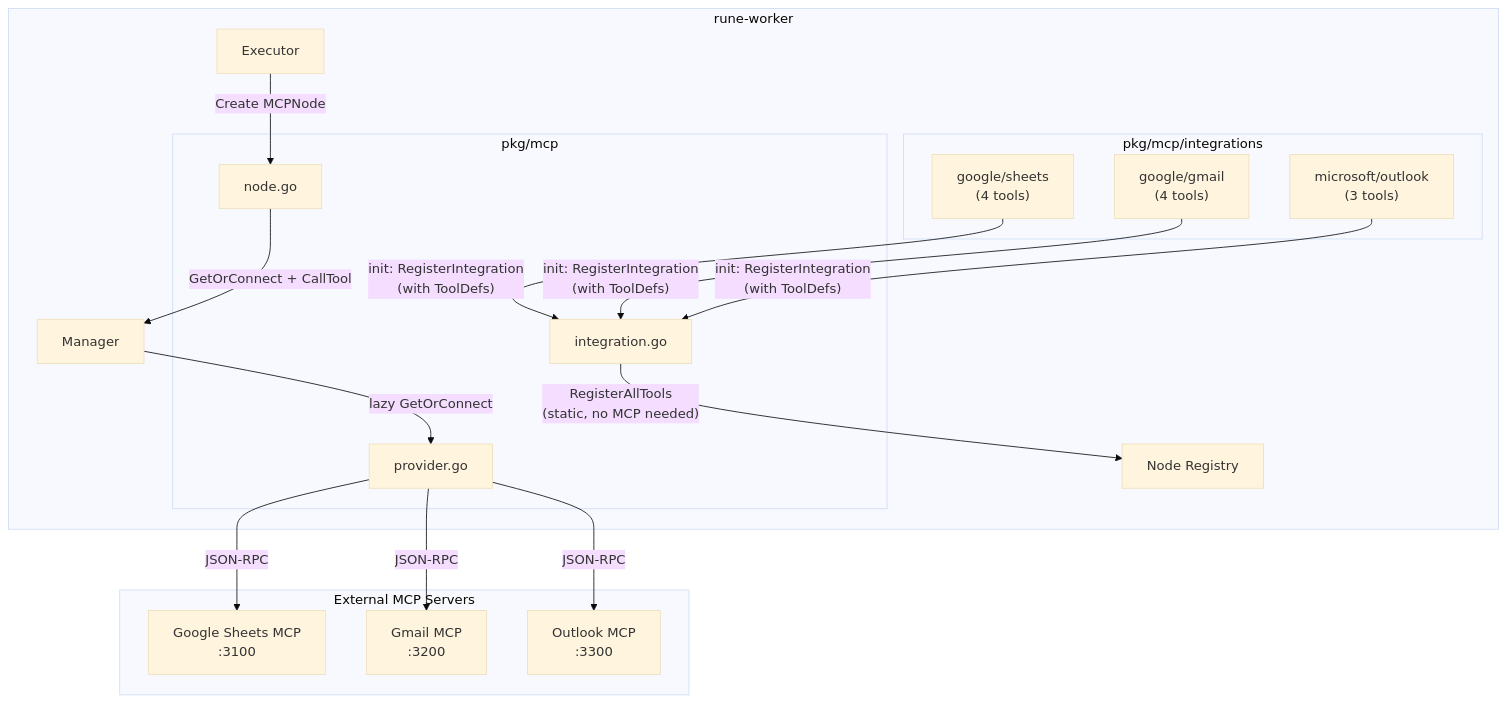
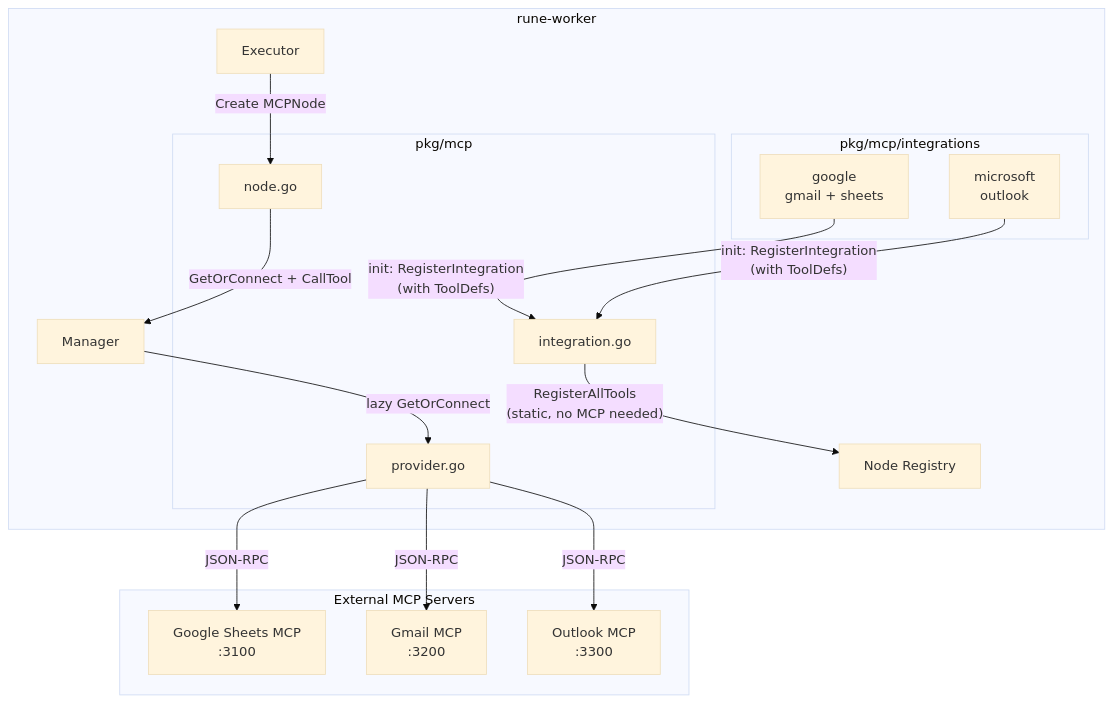
The first of 3 diagrams in services/rune-worker/pkg/mcp/README.md (rune-org/rune), drawn with Mermaid (base theme) before and after one commit. The commit also changed other lines of this file and 3 other files, not shown here.

````diff
--- a/services/rune-worker/pkg/mcp/README.md
+++ b/services/rune-worker/pkg/mcp/README.md
@@ -16,39 +16,37 @@
 ```mermaid
 graph TB
     subgraph Worker["rune-worker"]
         REG[Node Registry]
         EXE[Executor]
         MGR[Manager]
 
         subgraph Integrations["pkg/mcp/integrations"]
-            GS["google/sheets<br/>(4 tools)"]
-            GM["google/gmail<br/>(4 tools)"]
-            OL["microsoft/outlook<br/>(3 tools)"]
+            G["google<br/>gmail + sheets"]
+            MS["microsoft<br/>outlook"]
         end
 
         subgraph Bridge["pkg/mcp"]
             INT[integration.go]
             PRV[provider.go]
             NOD[node.go]
         end
     end
 
     subgraph Servers["External MCP Servers"]
         S1["Google Sheets MCP<br/>:3100"]
         S2["Gmail MCP<br/>:3200"]
         S3["Outlook MCP<br/>:3300"]
     end
 
-    GS -->|"init: RegisterIntegration<br/>(with ToolDefs)"| INT
-    GM -->|"init: RegisterIntegration<br/>(with ToolDefs)"| INT
-    OL -->|"init: RegisterIntegration<br/>(with ToolDefs)"| INT
+    G -->|"init: RegisterIntegration<br/>(with ToolDefs)"| INT
+    MS -->|"init: RegisterIntegration<br/>(with ToolDefs)"| INT
 
     INT -->|"RegisterAllTools<br/>(static, no MCP needed)"| REG
     MGR -->|"lazy GetOrConnect"| PRV
     PRV -->|JSON-RPC| S1
     PRV -->|JSON-RPC| S2
     PRV -->|JSON-RPC| S3
 
     EXE -->|Create MCPNode| NOD
     NOD -->|"GetOrConnect + CallTool"| MGR
 ```
````
